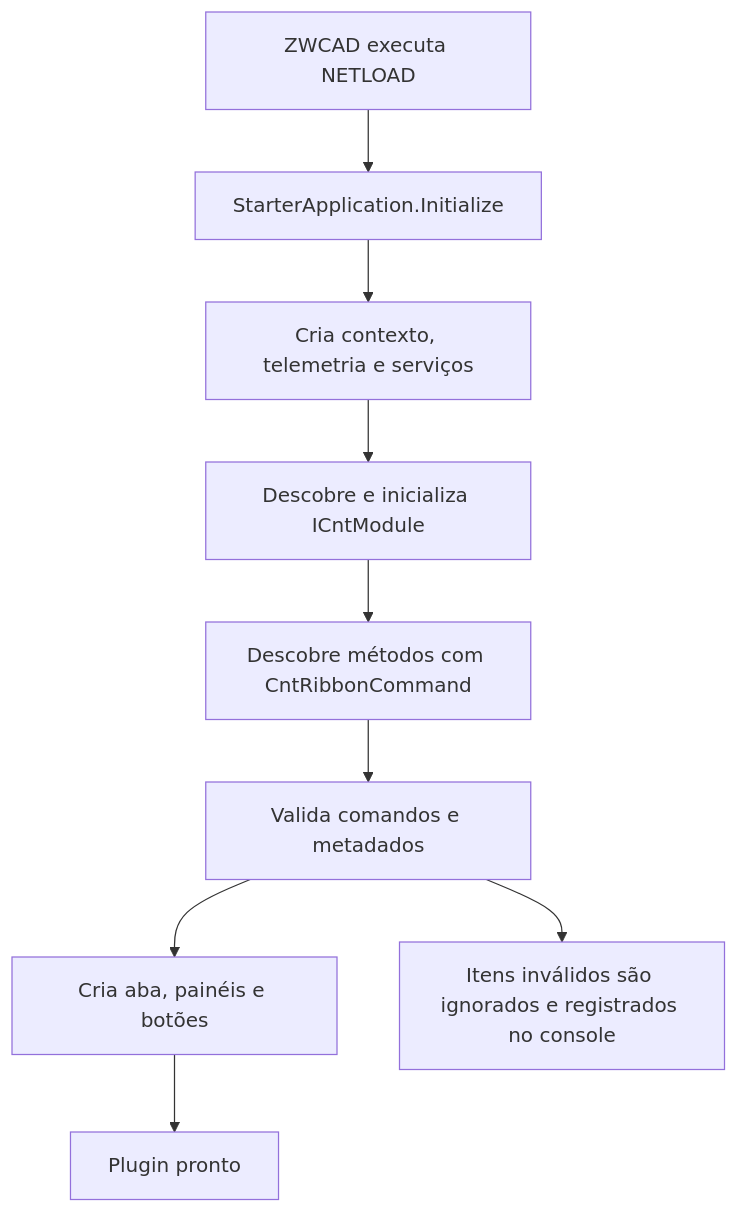
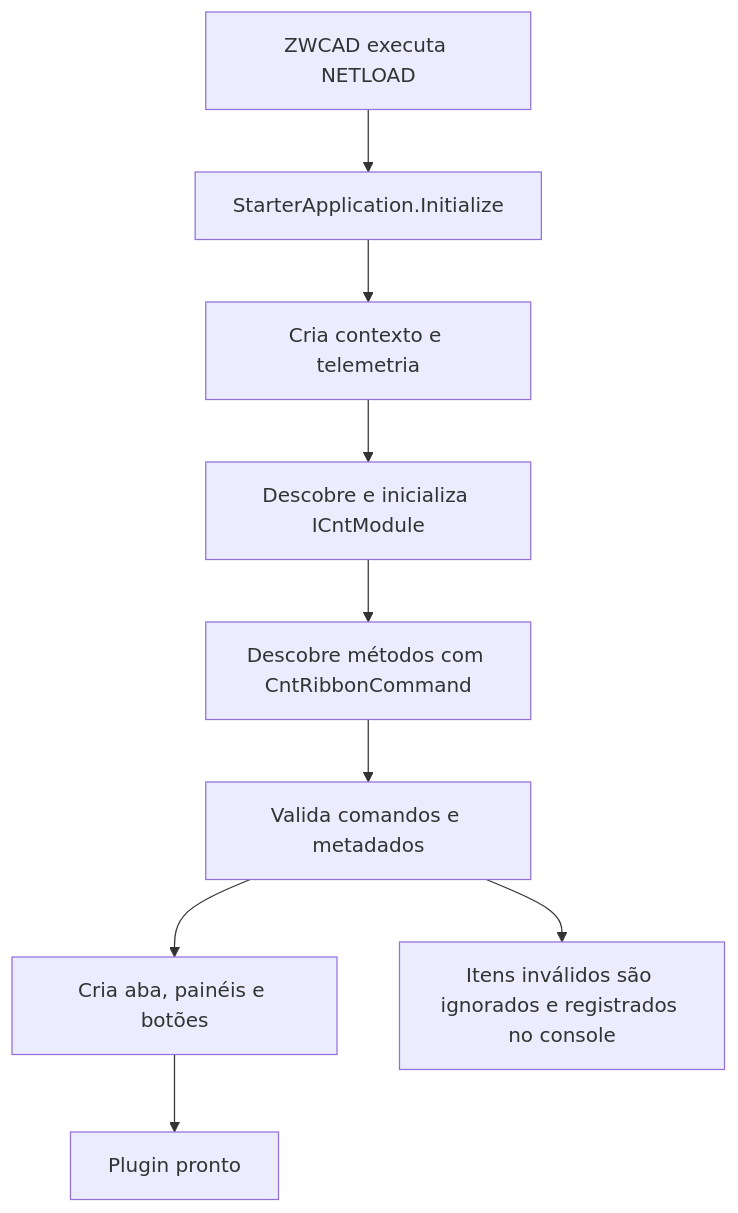
One commit to luisotvbim-sudo/CEP-CAD changed the first of 2 diagrams in README.md. Above: the diagram before and after it, drawn with Mermaid. The commit also changed other lines of this file and 38 other files, not shown here.

````diff
--- a/README.md
+++ b/README.md
@@ -108,11 +109,11 @@
 ```mermaid
 flowchart TD
     A["ZWCAD executa NETLOAD"] --> B["StarterApplication.Initialize"]
-    B --> C["Cria contexto, telemetria e serviços"]
+    B --> C["Cria contexto e telemetria"]
     C --> D["Descobre e inicializa ICntModule"]
     D --> E["Descobre métodos com CntRibbonCommand"]
     E --> F["Valida comandos e metadados"]
     F --> G["Cria aba, painéis e botões"]
     G --> H["Plugin pronto"]
     F --> I["Itens inválidos são ignorados e registrados no console"]
 ```
````
